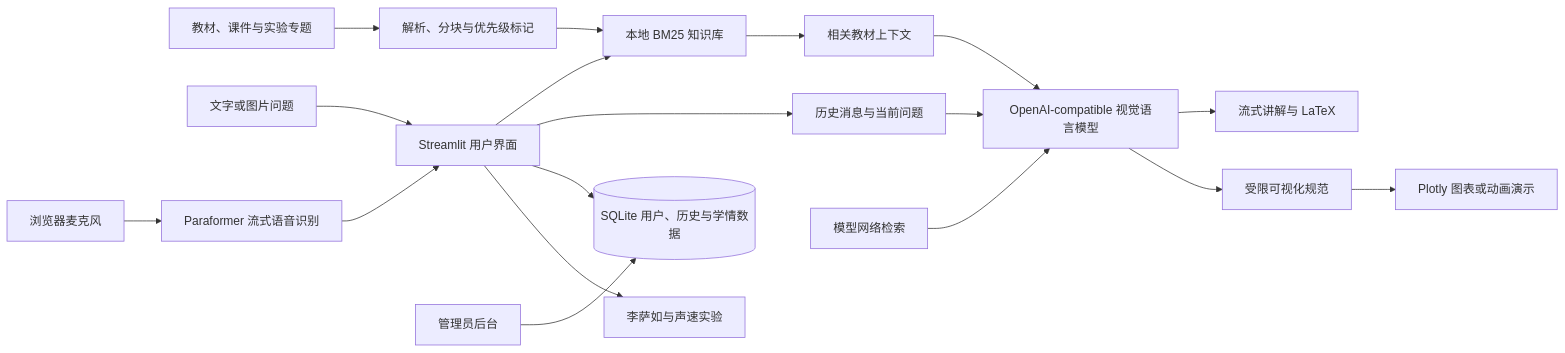
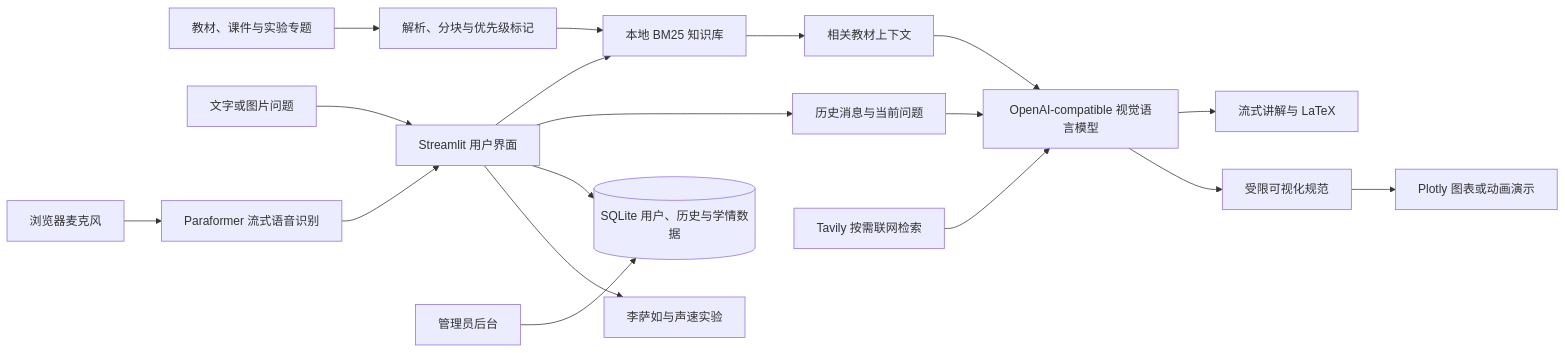
The diagram in README.md (RENAI-PHYSICS-AI/Ren-ai_Intelligent_Teaching_Assistant_for_College_Physics), drawn with Mermaid before and after one commit. The commit also changed other lines of this file and 39 other files, not shown here.

````diff
--- a/README.md
+++ b/README.md
@@ -44,20 +46,20 @@
 ```mermaid
 flowchart LR
     A[教材、课件与实验专题] --> B[解析、分块与优先级标记]
     B --> C[本地 BM25 知识库]
     D[文字或图片问题] --> E[Streamlit 用户界面]
     P[浏览器麦克风] --> Q[Paraformer 流式语音识别]
     Q --> E
     E --> C
     C --> F[相关教材上下文]
     E --> G[历史消息与当前问题]
     F --> H[OpenAI-compatible 视觉语言模型]
     G --> H
-    O[模型网络检索] --> H
+    O[Tavily 按需联网检索] --> H
     H --> I[流式讲解与 LaTeX]
     H --> J[受限可视化规范]
     J --> K[Plotly 图表或动画演示]
     E --> L[(SQLite 用户、历史与学情数据)]
     M[管理员后台] --> L
     E --> N[李萨如与声速实验]
 ```
````
